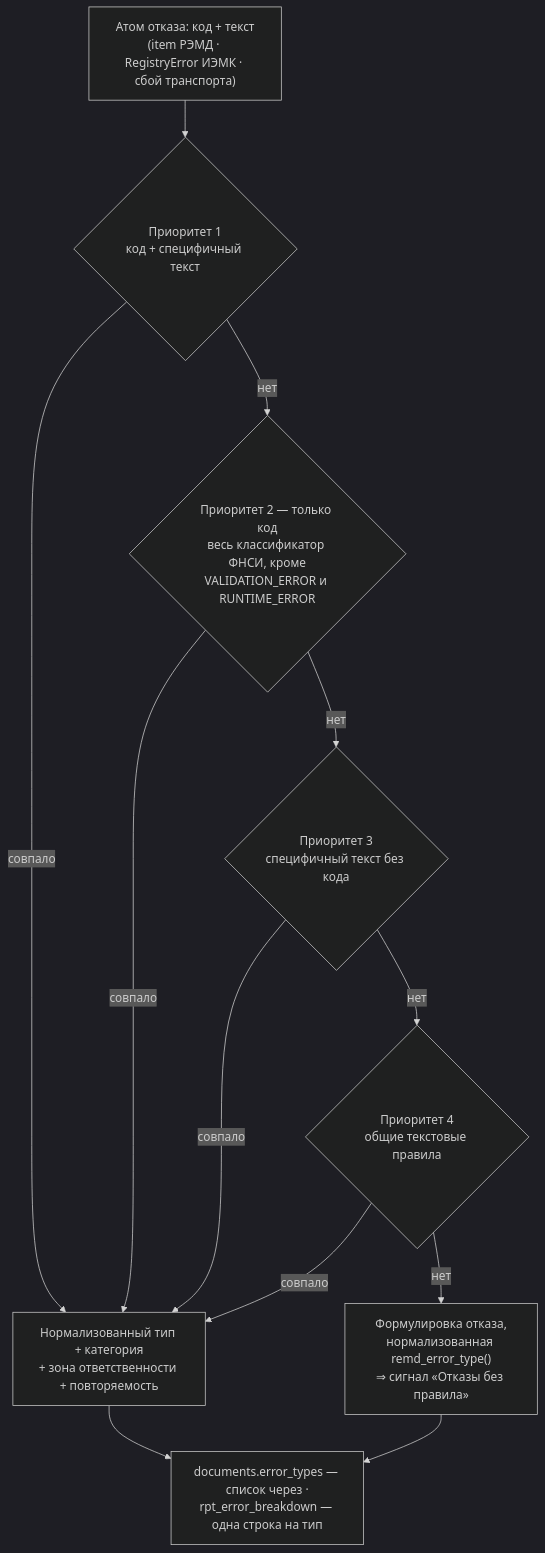
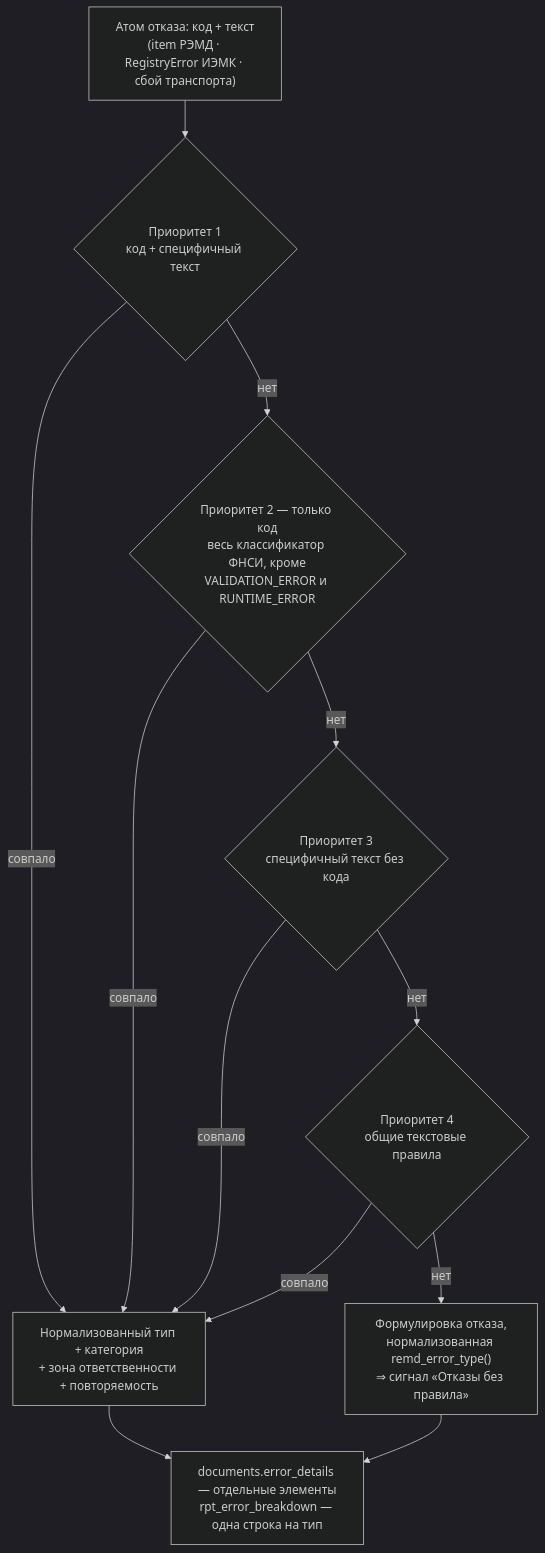
The fifth of 5 diagrams in README.md (asaf1n/EGISZ-Proxy-Reports-Airflow), drawn with Mermaid (dark theme) before and after one commit. The commit also changed other lines of this file and 19 other files, not shown here.

````diff
--- a/README.md
+++ b/README.md
@@ -497,16 +499,16 @@
 ```mermaid
 flowchart TD
     A["Атом отказа: код + текст<br/>(item РЭМД · RegistryError ИЭМК · сбой транспорта)"] --> P1
 
     P1{"Приоритет 1<br/>код + специфичный текст"} -->|совпало| OUT
     P1 -->|нет| P2
     P2{"Приоритет 2 — только код<br/>весь классификатор ФНСИ, кроме<br/>VALIDATION_ERROR и RUNTIME_ERROR"} -->|совпало| OUT
     P2 -->|нет| P3
     P3{"Приоритет 3<br/>специфичный текст без кода"} -->|совпало| OUT
     P3 -->|нет| P4
     P4{"Приоритет 4<br/>общие текстовые правила"} -->|совпало| OUT
     P4 -->|нет| FB["Формулировка отказа,<br/>нормализованная remd_error_type()<br/>⇒ сигнал «Отказы без правила»"]
 
     OUT["Нормализованный тип + категория<br/>+ зона ответственности + повторяемость"] --> SPLIT
-    FB --> SPLIT["documents.error_types — список через ·<br/>rpt_error_breakdown — одна строка на тип"]
+    FB --> SPLIT["documents.error_details — отдельные элементы<br/>rpt_error_breakdown — одна строка на тип"]
 ```
````
